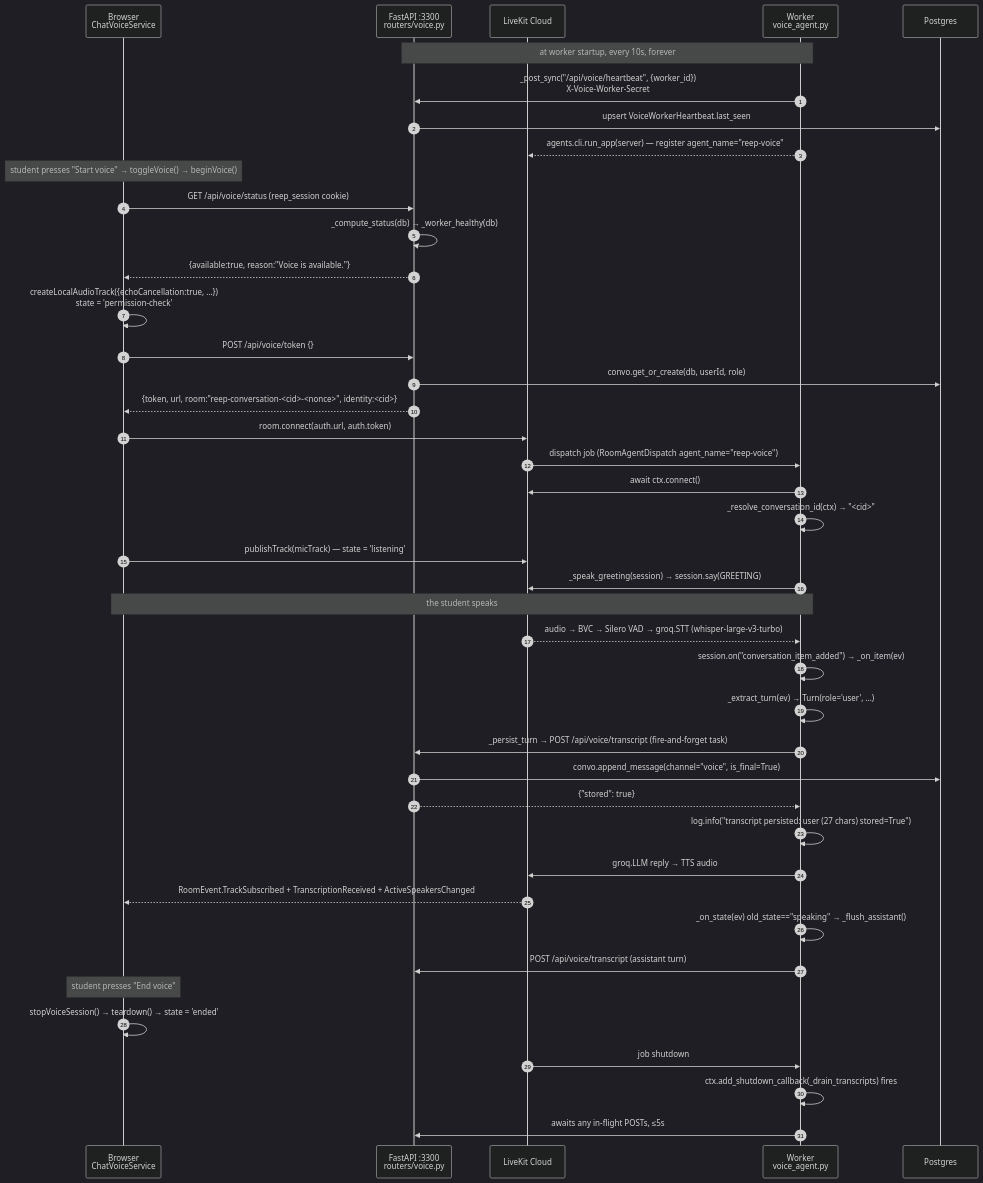
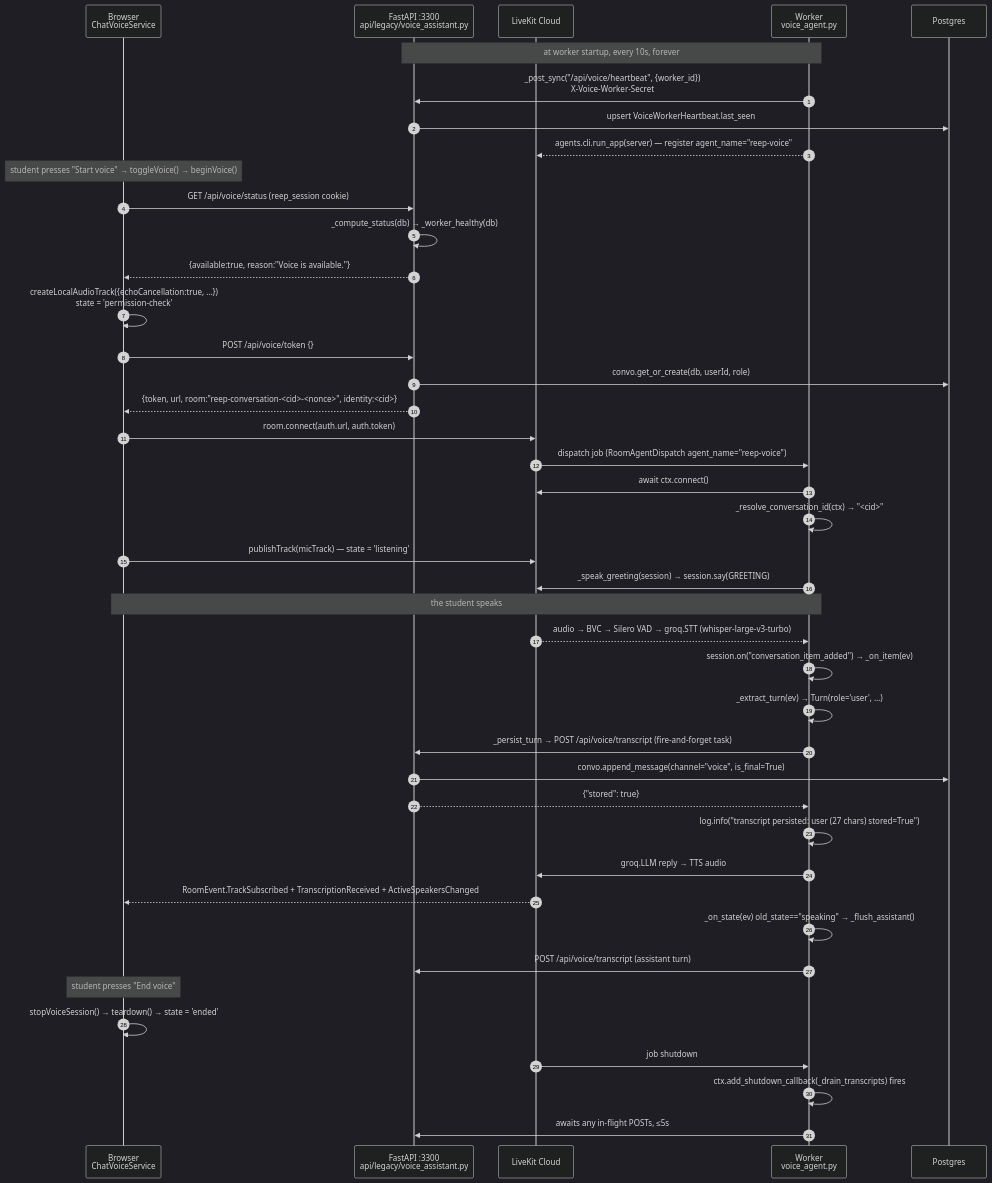
The first of 2 diagrams in docs/codebase-mahabharath/11-voice.md (darshani8/reep-), drawn with Mermaid (dark theme) before and after one commit. The commit also changed other lines of this file and 177 other files, not shown here.

````diff
--- a/docs/codebase-mahabharath/11-voice.md
+++ b/docs/codebase-mahabharath/11-voice.md
@@ -137,48 +137,48 @@
 ```mermaid
 sequenceDiagram
     autonumber
     participant B as Browser<br/>ChatVoiceService
-    participant A as FastAPI :3300<br/>routers/voice.py
+    participant A as FastAPI :3300<br/>api/legacy/voice_assistant.py
     participant L as LiveKit Cloud
     participant W as Worker<br/>voice_agent.py
     participant P as Postgres
 
     Note over W,A: at worker startup, every 10s, forever
     W->>A: _post_sync("/api/voice/heartbeat", {worker_id})<br/>X-Voice-Worker-Secret
     A->>P: upsert VoiceWorkerHeartbeat.last_seen
     W-->>L: agents.cli.run_app(server) — register agent_name="reep-voice"
 
     Note over B: student presses "Start voice" → toggleVoice() → beginVoice()
     B->>A: GET /api/voice/status (reep_session cookie)
     A->>A: _compute_status(db) → _worker_healthy(db)
     A-->>B: {available:true, reason:"Voice is available."}
     B->>B: createLocalAudioTrack({echoCancellation:true, …})<br/>state = 'permission-check'
     B->>A: POST /api/voice/token  {}
     A->>P: convo.get_or_create(db, userId, role)
     A-->>B: {token, url, room:"reep-conversation-<cid>-<nonce>", identity:<cid>}
     B->>L: room.connect(auth.url, auth.token)
     L->>W: dispatch job (RoomAgentDispatch agent_name="reep-voice")
     W->>L: await ctx.connect()
     W->>W: _resolve_conversation_id(ctx) → "<cid>"
     B->>L: publishTrack(micTrack) — state = 'listening'
     W->>L: _speak_greeting(session) → session.say(GREETING)
 
     Note over B,W: the student speaks
     L-->>W: audio → BVC → Silero VAD → groq.STT (whisper-large-v3-turbo)
     W->>W: session.on("conversation_item_added") → _on_item(ev)
     W->>W: _extract_turn(ev) → Turn(role='user', …)
     W->>A: _persist_turn → POST /api/voice/transcript (fire-and-forget task)
     A->>P: convo.append_message(channel="voice", is_final=True)
     A-->>W: {"stored": true}
     W->>W: log.info("transcript persisted: user (27 chars) stored=True")
     W->>L: groq.LLM reply → TTS audio
     L-->>B: RoomEvent.TrackSubscribed + TranscriptionReceived + ActiveSpeakersChanged
     W->>W: _on_state(ev) old_state=="speaking" → _flush_assistant()
     W->>A: POST /api/voice/transcript (assistant turn)
 
     Note over B: student presses "End voice"
     B->>B: stopVoiceSession() → teardown() → state = 'ended'
     L->>W: job shutdown
     W->>W: ctx.add_shutdown_callback(_drain_transcripts) fires
     W->>A: awaits any in-flight POSTs, ≤5s
 ```
````
